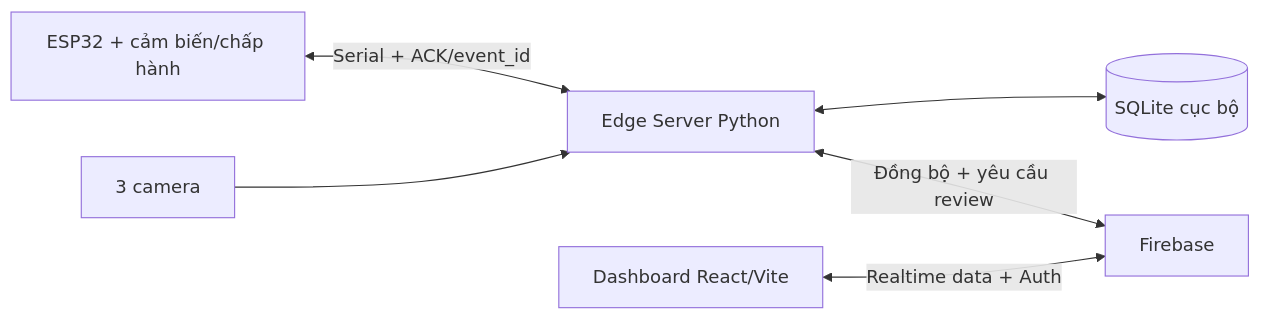
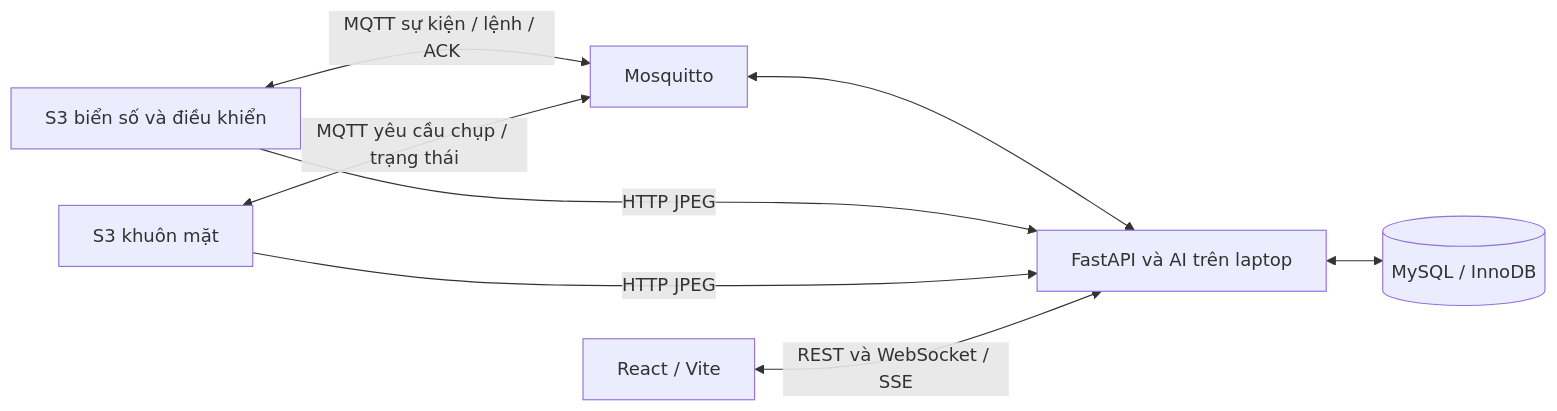
One commit to truongduy199/doan_PBL4 changed the diagram in Cau_truc_du_an_PBL4.md. Above: the diagram before and after it, drawn with Mermaid. The commit also changed other lines of this file and 129 other files, not shown here.

````diff
--- a/Cau_truc_du_an_PBL4.md
+++ b/Cau_truc_du_an_PBL4.md
@@ -11,8 +14,10 @@
 ```mermaid
 flowchart LR
-    ESP["ESP32 + cảm biến/chấp hành"] <-->|"Serial + ACK/event_id"| EDGE["Edge Server Python"]
-    CAM["3 camera"] --> EDGE
-    EDGE <--> LOCAL[("SQLite cục bộ")]
-    EDGE <-->|"Đồng bộ + yêu cầu review"| FB["Firebase"]
-    WEB["Dashboard React/Vite"] <-->|"Realtime data + Auth"| FB
+    CTRL["S3 biển số và điều khiển"] <-->|"MQTT sự kiện / lệnh / ACK"| BROKER["Mosquitto"]
+    FACE["S3 khuôn mặt"] <-->|"MQTT yêu cầu chụp / trạng thái"| BROKER
+    BROKER <--> API["FastAPI và AI trên laptop"]
+    CTRL -->|"HTTP JPEG"| API
+    FACE -->|"HTTP JPEG"| API
+    API <--> DB[("MySQL / InnoDB")]
+    WEB["React / Vite"] <-->|"REST và WebSocket / SSE"| API
 ```
````
